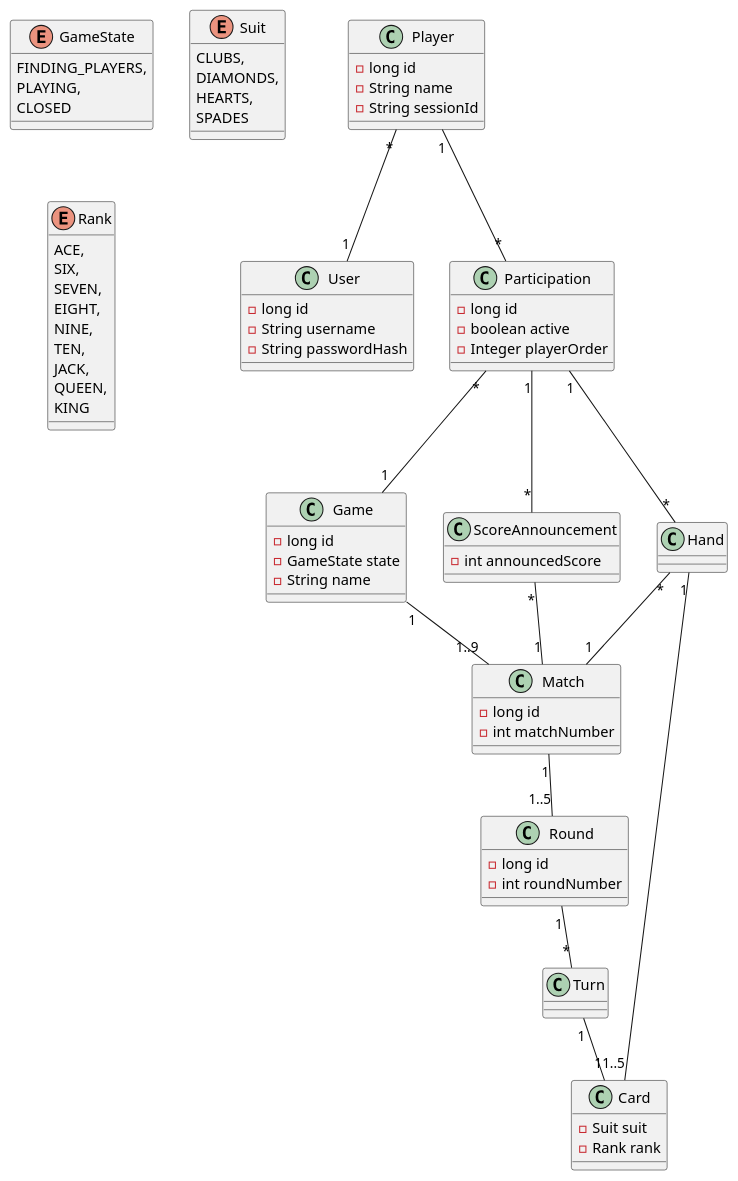
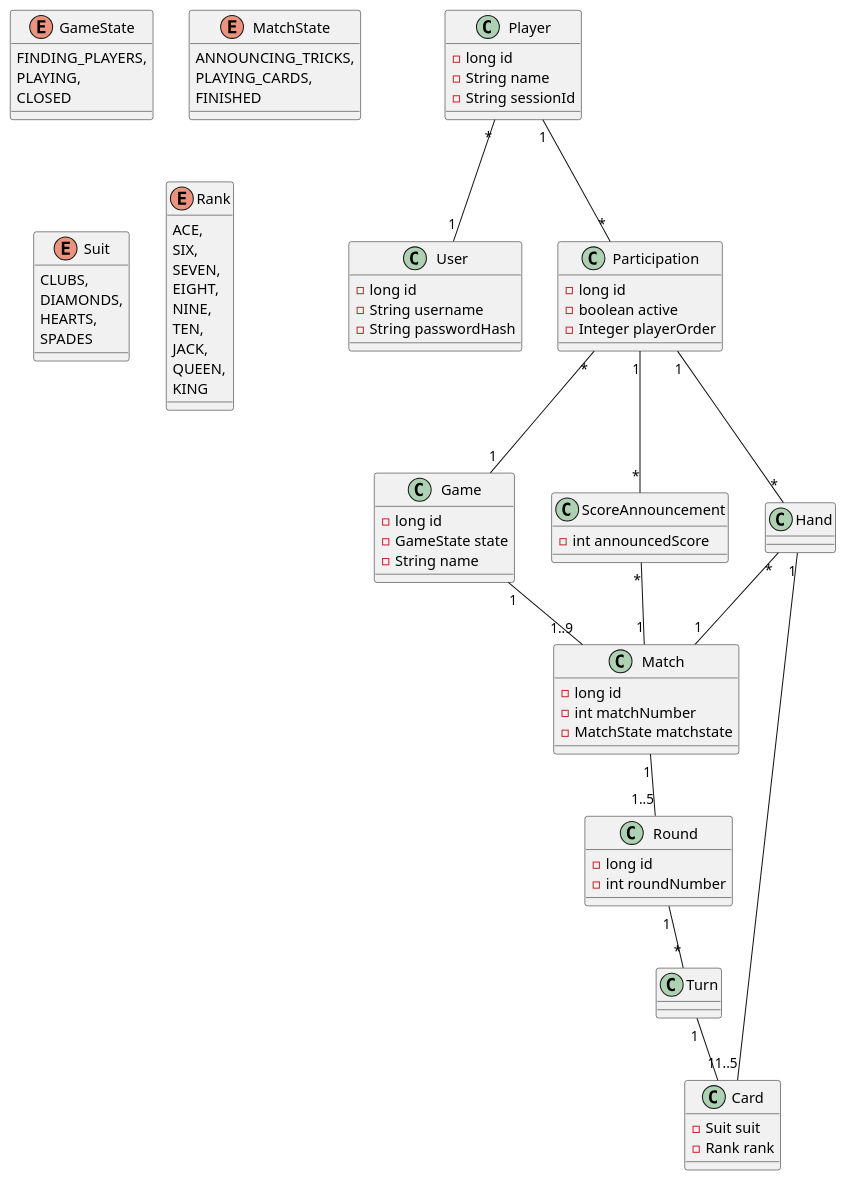
The diagram in doc/m2/uml/class_diagram.puml (sopra-fs22-group-36/screw-your-neighbor-server), drawn with PlantUML before and after one commit. The commit also changed 1 other file, not shown here.

Commit message:
doc: add activity diagram with requests
Also add MatchState enum to Match.

```diff
--- a/doc/m2/uml/class_diagram.puml
+++ b/doc/m2/uml/class_diagram.puml
@@ -1,97 +1,104 @@
 @startuml
 class Player {
     - long id
     - String name
     - String sessionId
 }
 
 class User {
     - long id
     - String username
     - String passwordHash
 }
 
 enum GameState {
     FINDING_PLAYERS,
     PLAYING,
     CLOSED
 }
 
 class Game {
     - long id
     - GameState state
     - String name
 }
 
 class Participation {
     - long id
     - boolean active
     - Integer playerOrder
 }
 
 class Match {
     - long id
     - int matchNumber
+    - MatchState matchstate
+}
+
+enum MatchState {
+    ANNOUNCING_TRICKS,
+    PLAYING_CARDS,
+    FINISHED
 }
 
 class ScoreAnnouncement {
     - int announcedScore
 }
 
 class Hand {
 }
 
 class Turn {
 
 }
 
 class Round {
     - long id
     - int roundNumber
 }
 
 class Card {
     - Suit suit
     - Rank rank
 }
 
 enum Suit {
     CLUBS,
     DIAMONDS,
     HEARTS,
     SPADES
 }
 
 enum Rank {
   ACE,
   SIX,
   SEVEN,
   EIGHT,
   NINE,
   TEN,
   JACK,
   QUEEN,
   KING
 }
 
 Player "*" -- "1" User
 Player "1" -- "*" Participation
 
 Participation "*" -- "1" Game
 Participation "1" -- "*" ScoreAnnouncement
 Participation "1" -- "*" Hand
 
 ScoreAnnouncement "*" -- "1" Match
 
 Hand "*" -- "1" Match
 Hand "1" -- "1..5" Card
 
 Game "1" -- "1..9" Match
 
 Match "1" -- "1..5" Round
 
 Round "1" -- "*" Turn
 
 Turn "1" -- "1" Card
 
 @enduml
```
